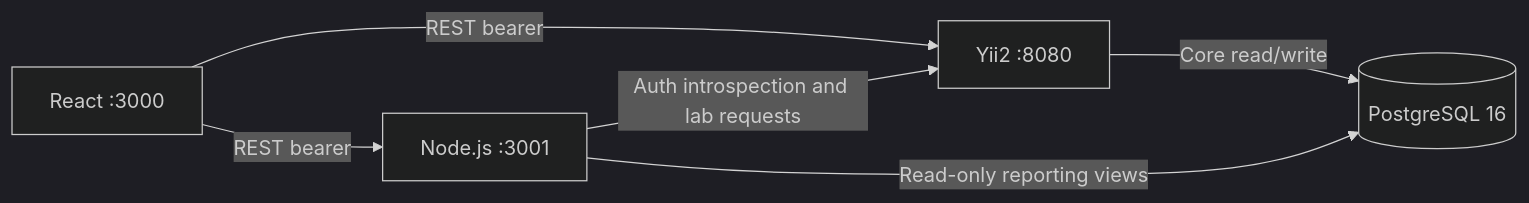
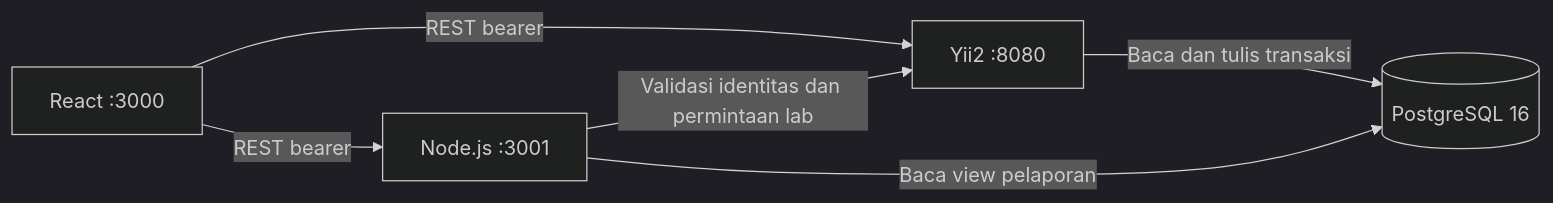
The diagram in README.md (Al-gast/simrs-outpatient), drawn with Mermaid (dark theme) before and after one commit. The commit also changed other lines of this file and 43 other files, not shown here.

````diff
--- a/README.md
+++ b/README.md
@@ -14,8 +25,8 @@
 ```mermaid
 flowchart LR
  R[React :3000] -->|REST bearer| Y[Yii2 :8080]
  R -->|REST bearer| N[Node.js :3001]
- N -->|Auth introspection and lab requests| Y
- Y -->|Core read/write| P[(PostgreSQL 16)]
- N -->|Read-only reporting views| P
+ N -->|Validasi identitas dan permintaan lab| Y
+ Y -->|Baca dan tulis transaksi| P[(PostgreSQL 16)]
+ N -->|Baca view pelaporan| P
 ```
````
